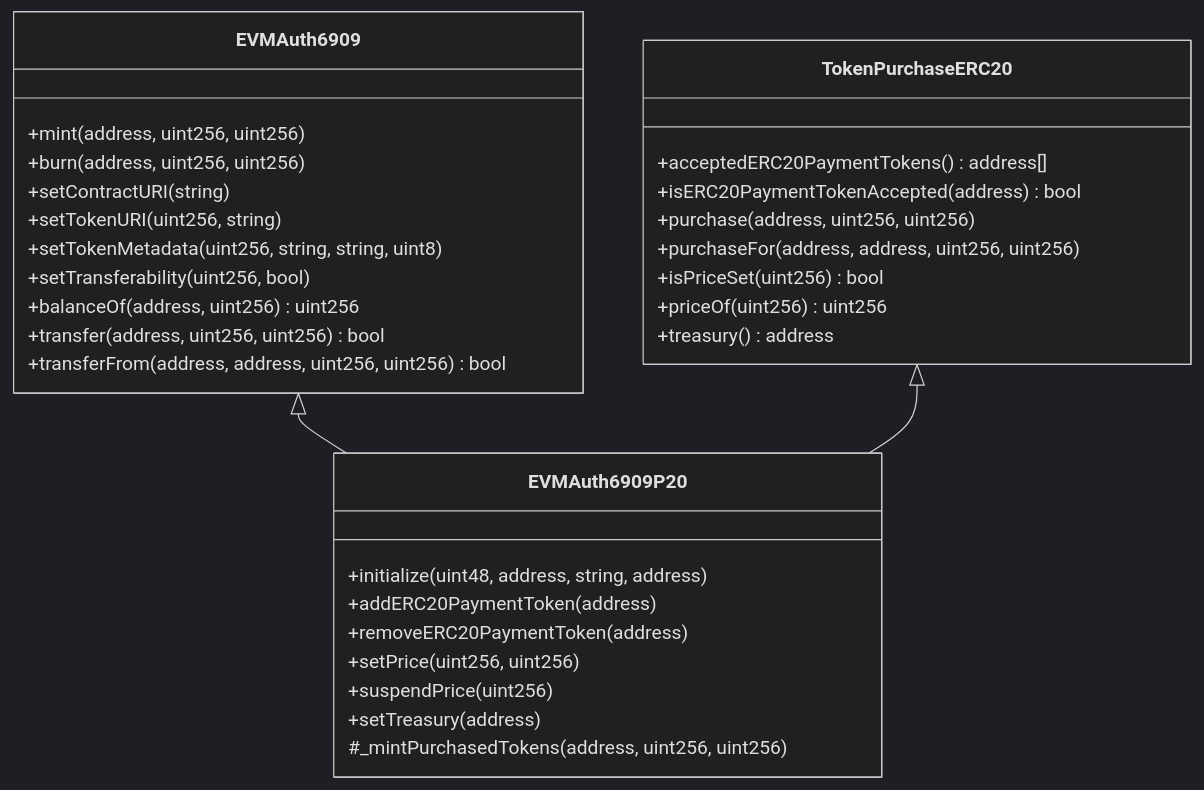
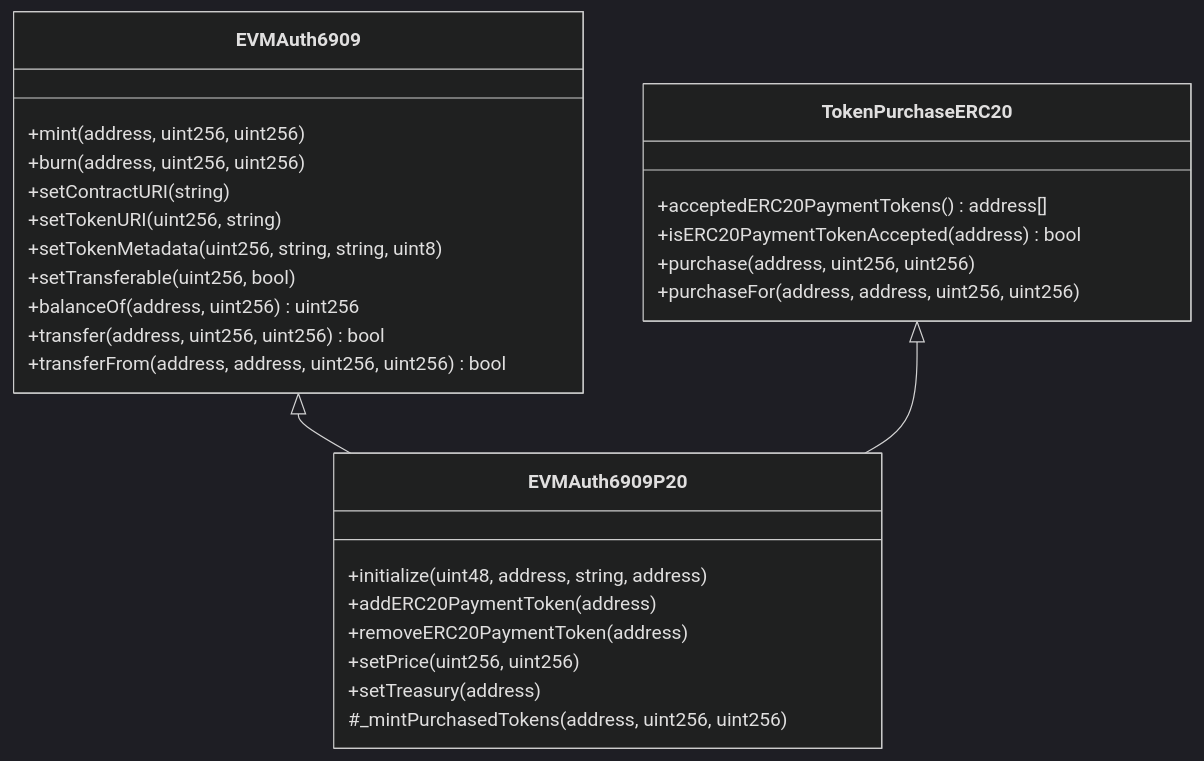
One commit to glanzz/evmauth-core changed diagram 15 of 18 in src/README.md. Above: the diagram before and after it, drawn with Mermaid (dark theme). The commit also changed other lines of this file and 28 other files, not shown here.

````diff
--- a/src/README.md
+++ b/src/README.md
@@ -814,35 +755,31 @@
 ```mermaid
 classDiagram
     class EVMAuth6909{
         +mint(address, uint256, uint256)
         +burn(address, uint256, uint256)
         +setContractURI(string)
         +setTokenURI(uint256, string)
         +setTokenMetadata(uint256, string, string, uint8)
-        +setTransferability(uint256, bool)
+        +setTransferable(uint256, bool)
         +balanceOf(address, uint256) uint256
         +transfer(address, uint256, uint256) bool
         +transferFrom(address, address, uint256, uint256) bool
     }
     class TokenPurchaseERC20{
         +acceptedERC20PaymentTokens() address[]
         +isERC20PaymentTokenAccepted(address) bool
         +purchase(address, uint256, uint256)
         +purchaseFor(address, address, uint256, uint256)
-        +isPriceSet(uint256) bool
-        +priceOf(uint256) uint256
-        +treasury() address
     }
     class EVMAuth6909P20{
         +initialize(uint48, address, string, address)
         +addERC20PaymentToken(address)
         +removeERC20PaymentToken(address)
         +setPrice(uint256, uint256)
-        +suspendPrice(uint256)
         +setTreasury(address)
         #_mintPurchasedTokens(address, uint256, uint256)
     }
     
     EVMAuth6909 <|-- EVMAuth6909P20
     TokenPurchaseERC20 <|-- EVMAuth6909P20
 ```
````
